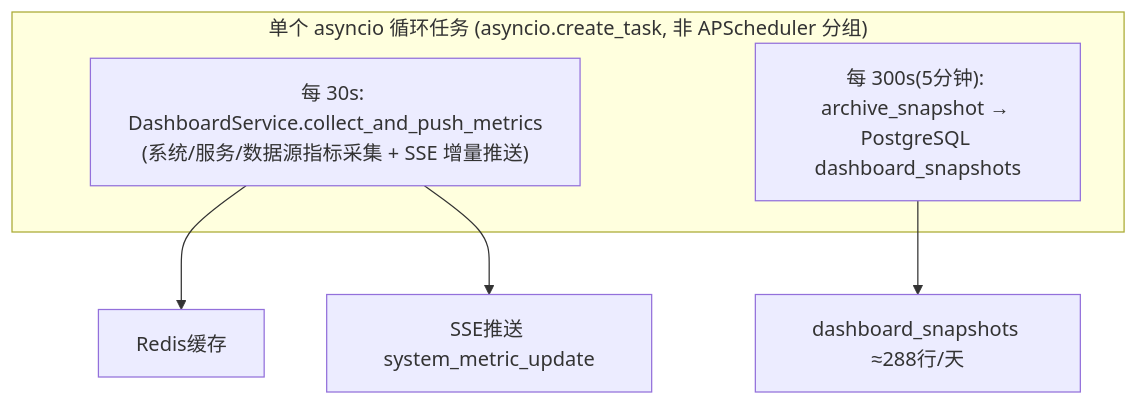
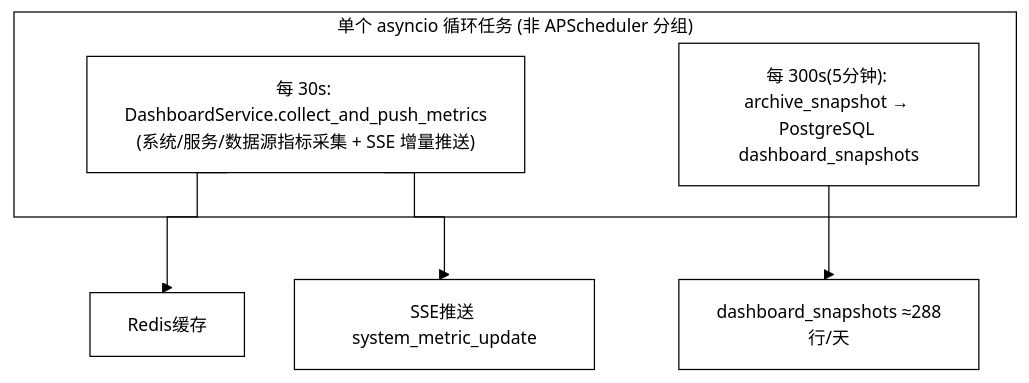
Before and after one commit to onceme/instantboard: the second of 3 diagrams in docs/design/dashboard-tab.md, drawn with Mermaid. The commit also changed other lines of this file and 11 other files, not shown here.

Commit message:
docs: unify mermaid diagrams to black-and-white orthogonal style

````diff
--- a/docs/design/dashboard-tab.md
+++ b/docs/design/dashboard-tab.md
@@ -130,11 +131,12 @@
 ```mermaid
+%%{init: {"theme": "base", "themeVariables": {"background": "#ffffff", "primaryColor": "#ffffff", "primaryTextColor": "#000000", "primaryBorderColor": "#000000", "lineColor": "#000000", "secondaryColor": "#ffffff", "secondaryTextColor": "#000000", "secondaryBorderColor": "#000000", "tertiaryColor": "#ffffff", "tertiaryTextColor": "#000000", "tertiaryBorderColor": "#000000", "edgeLabelBackground": "#ffffff", "textColor": "#000000", "nodeTextColor": "#000000", "mainBkg": "#ffffff", "nodeBorder": "#000000", "clusterBkg": "#ffffff", "clusterBdr": "#000000", "clusterTextColor": "#000000", "titleColor": "#000000", "fontSize": "14px"}, "flowchart": {"curve": "step", "nodeSpacing": 40, "rankSpacing": 50, "wrappingWidth": 180, "useMaxWidth": true}}}%%
 graph TD
-  subgraph loop["单个 asyncio 循环任务 (asyncio.create_task, 非 APScheduler 分组)"]
+  subgraph loop["单个 asyncio 循环任务 (非 APScheduler 分组)"]
     Collect["每 30s: DashboardService.collect_and_push_metrics<br/>(系统/服务/数据源指标采集 + SSE 增量推送)"]
     Archive["每 300s(5分钟): archive_snapshot → PostgreSQL dashboard_snapshots"]
   end
 
   Collect --> RedisCache["Redis缓存"]
   Collect --> SSEPush["SSE推送 system_metric_update"]
   Archive --> PGArchive["dashboard_snapshots ≈288行/天"]
 ```
````
